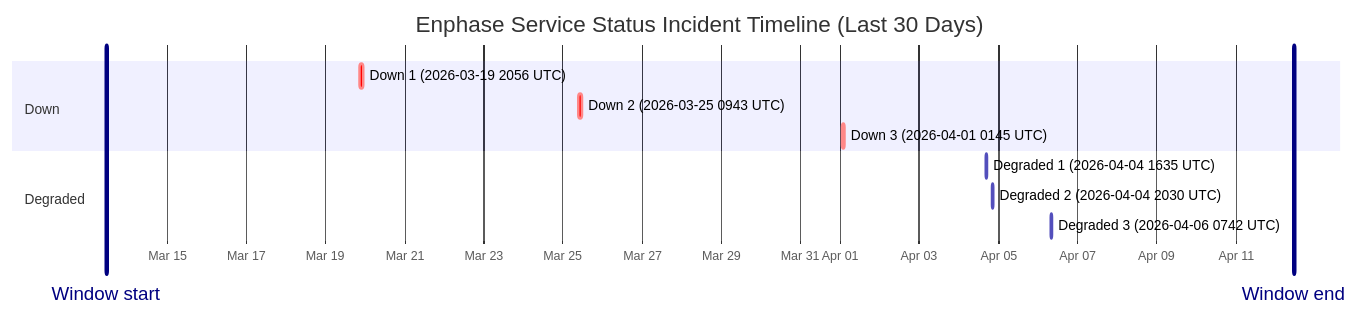
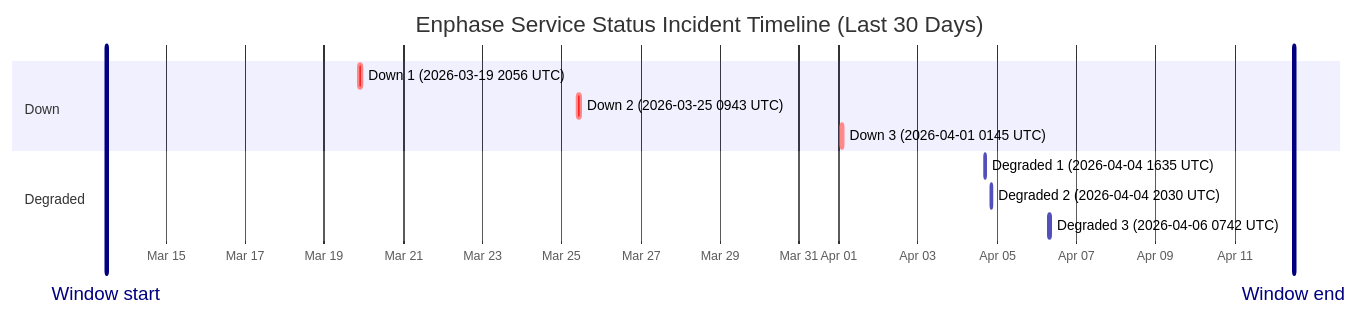
The diagram in wiki/Service-Status-History.md (barneyonline/ha-enphase-ev-charger), drawn with Mermaid before and after one commit. The commit also changed other lines of this file and 3 other files, not shown here.

````diff
--- a/wiki/Service-Status-History.md
+++ b/wiki/Service-Status-History.md
@@ -14,16 +14,16 @@
 ```mermaid
 gantt
     title Enphase Service Status Incident Timeline (Last 30 Days)
     dateFormat  YYYY-MM-DDTHH:mm:ss
     axisFormat  %b %d
-    Window start :vert, window-start, 2026-03-13T11:06:07, 0ms
-    Window end :vert, window-end, 2026-04-12T11:06:07, 0ms
+    Window start :vert, window-start, 2026-03-13T11:56:12, 0ms
+    Window end :vert, window-end, 2026-04-12T11:56:12, 0ms
     section Down
     Down 1 (2026-03-19 2056 UTC) :crit, down-1, 2026-03-19T20:56:20, 145m
     Down 2 (2026-03-25 0943 UTC) :crit, down-2, 2026-03-25T09:43:28, 111m
     Down 3 (2026-04-01 0145 UTC) :crit, down-3, 2026-04-01T01:45:09, 60m
     section Degraded
     Degraded 1 (2026-04-04 1635 UTC) :active, degraded-1, 2026-04-04T16:35:17, 60m
     Degraded 2 (2026-04-04 2030 UTC) :active, degraded-2, 2026-04-04T20:30:40, 60m
     Degraded 3 (2026-04-06 0742 UTC) :active, degraded-3, 2026-04-06T07:42:09, 85m
 ```
````
